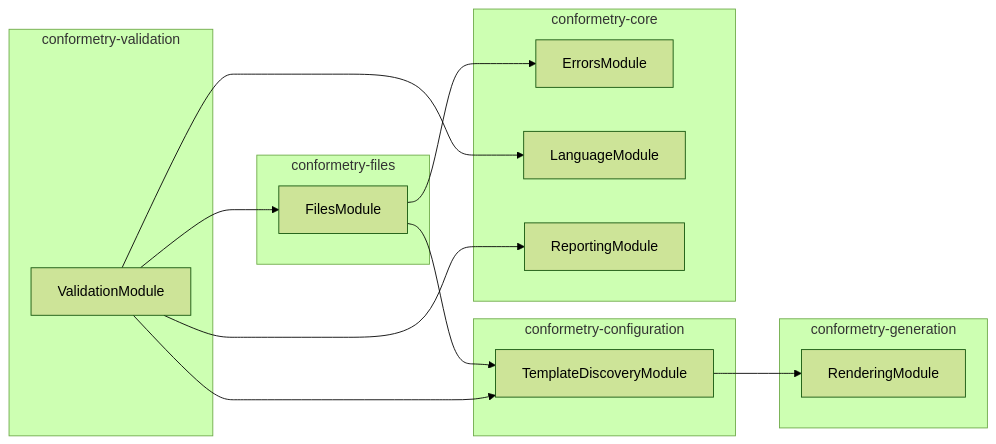
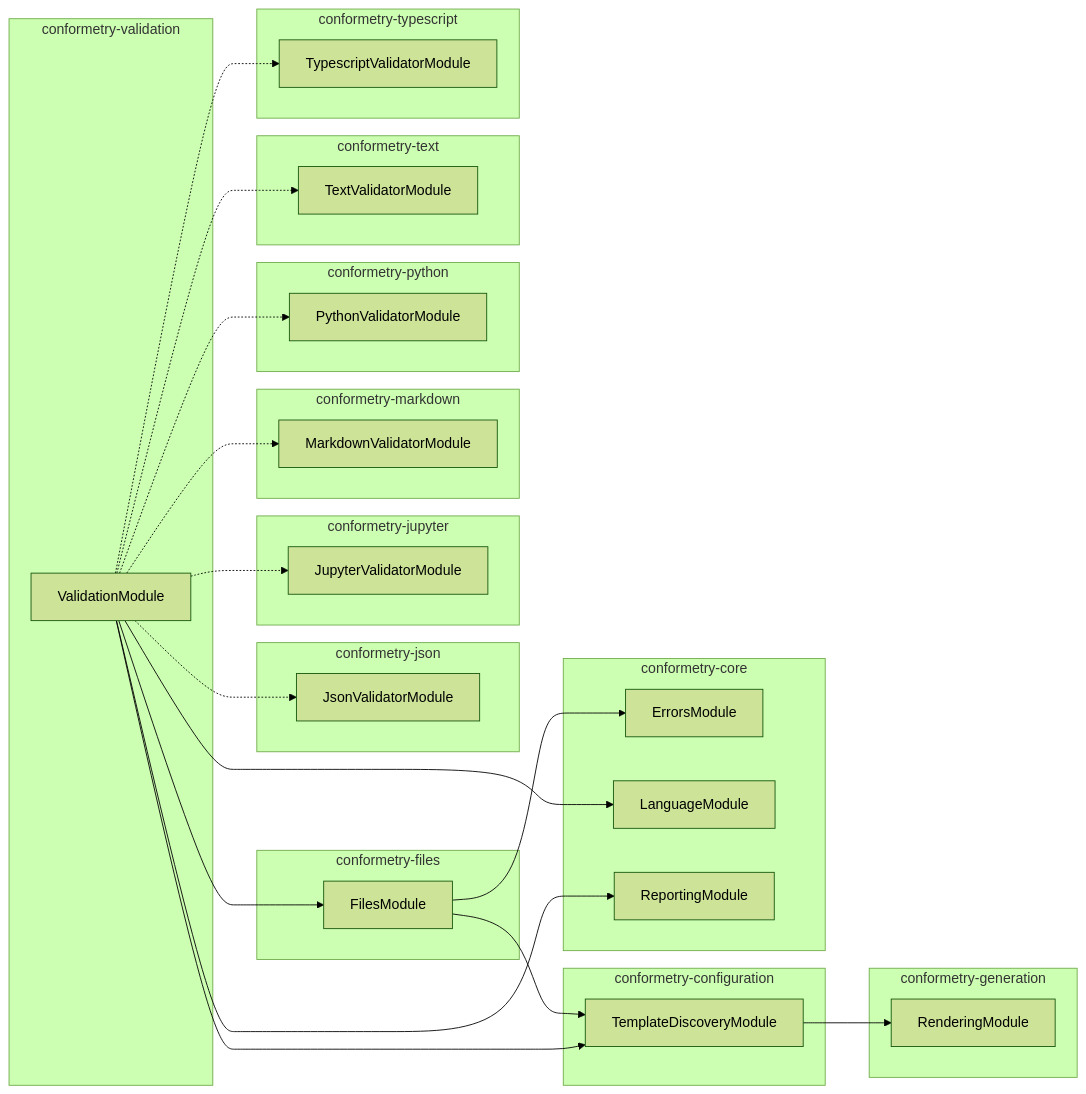
The diagram in packages/conformetry-validation/AGENTS.md (JimmyPaolini/codebase), drawn with Mermaid (forest theme) before and after one commit. The commit also changed other lines of this file and 11 other files, not shown here.

````diff
--- a/packages/conformetry-validation/AGENTS.md
+++ b/packages/conformetry-validation/AGENTS.md
@@ -57,27 +57,51 @@
 ```mermaid
 flowchart LR
   subgraph group0["conformetry-validation"]
     ValidationModule
   end
   subgraph group1["conformetry-configuration"]
     TemplateDiscoveryModule
   end
   subgraph group2["conformetry-core"]
     ErrorsModule
     LanguageModule
     ReportingModule
   end
   subgraph group3["conformetry-files"]
     FilesModule
   end
   subgraph group4["conformetry-generation"]
     RenderingModule
   end
+  subgraph group5["conformetry-json"]
+    JsonValidatorModule
+  end
+  subgraph group6["conformetry-jupyter"]
+    JupyterValidatorModule
+  end
+  subgraph group7["conformetry-markdown"]
+    MarkdownValidatorModule
+  end
+  subgraph group8["conformetry-python"]
+    PythonValidatorModule
+  end
+  subgraph group9["conformetry-text"]
+    TextValidatorModule
+  end
+  subgraph group10["conformetry-typescript"]
+    TypescriptValidatorModule
+  end
   FilesModule --> ErrorsModule
   FilesModule --> TemplateDiscoveryModule
   TemplateDiscoveryModule --> RenderingModule
   ValidationModule --> FilesModule
+  ValidationModule -.-> JsonValidatorModule
+  ValidationModule -.-> JupyterValidatorModule
   ValidationModule --> LanguageModule
+  ValidationModule -.-> MarkdownValidatorModule
+  ValidationModule -.-> PythonValidatorModule
   ValidationModule --> ReportingModule
   ValidationModule --> TemplateDiscoveryModule
+  ValidationModule -.-> TextValidatorModule
+  ValidationModule -.-> TypescriptValidatorModule
 ```
````
